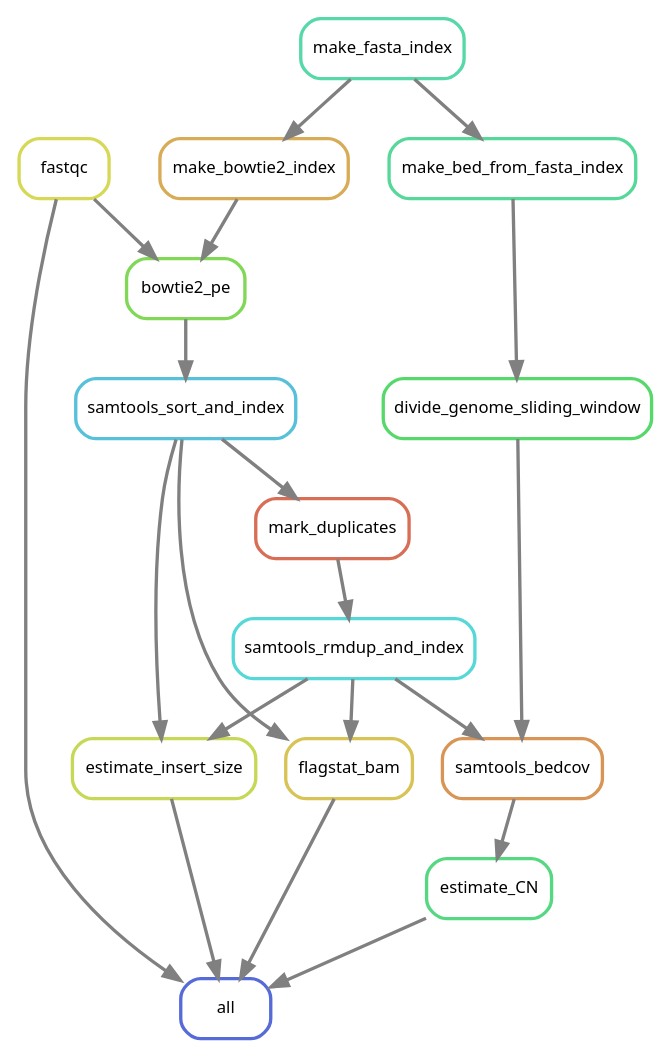
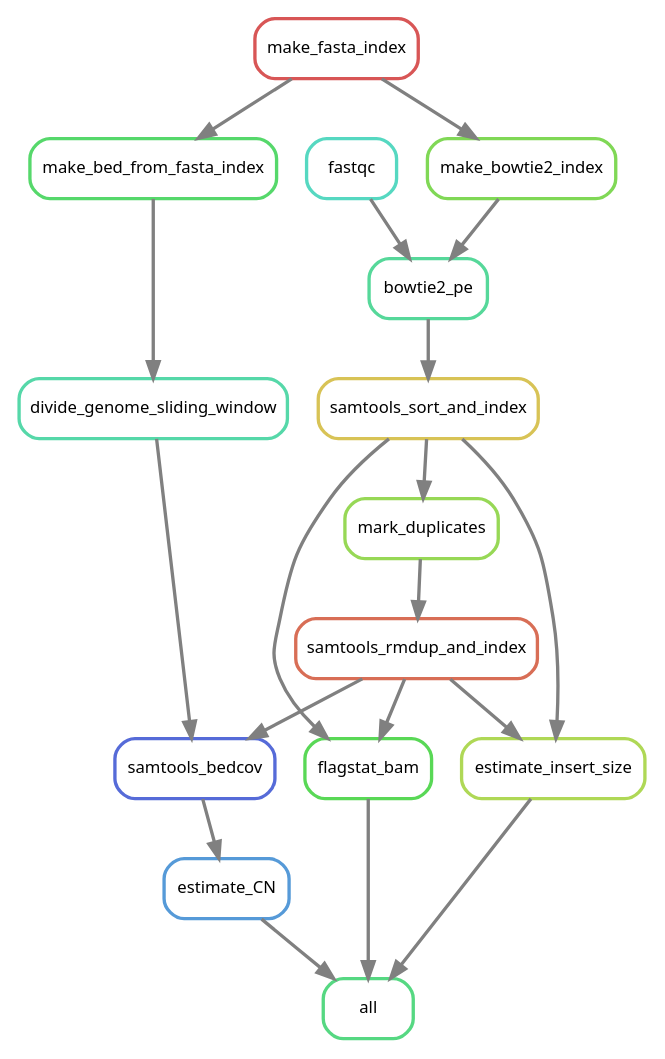
One commit to mevers/WGS_CN changed the diagram in snakemake/rulegraph.dot. Above: the diagram before and after it, drawn with Graphviz. The commit also changed 6 other files, not shown here.

```diff
--- a/snakemake/rulegraph.dot
+++ b/snakemake/rulegraph.dot
@@ -1,38 +1,37 @@
 digraph snakemake_dag {
     graph[bgcolor=white, margin=0];
     node[shape=box, style=rounded, fontname=sans,                 fontsize=10, penwidth=2];
     edge[penwidth=2, color=grey];
-	0[label = "estimate_insert_size", color = "0.19 0.6 0.85", style="rounded"];
-	1[label = "samtools_rmdup_and_index", color = "0.50 0.6 0.85", style="rounded"];
-	2[label = "mark_duplicates", color = "0.03 0.6 0.85", style="rounded"];
-	3[label = "make_bed_from_fasta_index", color = "0.42 0.6 0.85", style="rounded"];
-	4[label = "bowtie2_pe", color = "0.28 0.6 0.85", style="rounded"];
-	5[label = "samtools_sort_and_index", color = "0.53 0.6 0.85", style="rounded"];
-	6[label = "make_fasta_index", color = "0.44 0.6 0.85", style="rounded"];
-	7[label = "fastqc", color = "0.17 0.6 0.85", style="rounded"];
-	8[label = "divide_genome_sliding_window", color = "0.36 0.6 0.85", style="rounded"];
-	9[label = "estimate_CN", color = "0.39 0.6 0.85", style="rounded"];
-	10[label = "samtools_bedcov", color = "0.08 0.6 0.85", style="rounded"];
-	11[label = "make_bowtie2_index", color = "0.11 0.6 0.85", style="rounded"];
-	12[label = "flagstat_bam", color = "0.14 0.6 0.85", style="rounded"];
-	13[label = "all", color = "0.64 0.6 0.85", style="rounded"];
-	1 -> 0
-	5 -> 0
-	2 -> 1
-	5 -> 2
+	0[label = "make_fasta_index", color = "0.00 0.6 0.85", style="rounded"];
+	1[label = "all", color = "0.39 0.6 0.85", style="rounded"];
+	2[label = "bowtie2_pe", color = "0.42 0.6 0.85", style="rounded"];
+	3[label = "samtools_rmdup_and_index", color = "0.03 0.6 0.85", style="rounded"];
+	4[label = "estimate_insert_size", color = "0.22 0.6 0.85", style="rounded"];
+	5[label = "make_bed_from_fasta_index", color = "0.36 0.6 0.85", style="rounded"];
+	6[label = "mark_duplicates", color = "0.25 0.6 0.85", style="rounded"];
+	7[label = "divide_genome_sliding_window", color = "0.44 0.6 0.85", style="rounded"];
+	8[label = "fastqc", color = "0.47 0.6 0.85", style="rounded"];
+	9[label = "make_bowtie2_index", color = "0.28 0.6 0.85", style="rounded"];
+	10[label = "samtools_sort_and_index", color = "0.14 0.6 0.85", style="rounded"];
+	11[label = "estimate_CN", color = "0.58 0.6 0.85", style="rounded"];
+	12[label = "flagstat_bam", color = "0.33 0.6 0.85", style="rounded"];
+	13[label = "samtools_bedcov", color = "0.64 0.6 0.85", style="rounded"];
+	4 -> 1
+	12 -> 1
+	11 -> 1
+	9 -> 2
+	8 -> 2
 	6 -> 3
-	11 -> 4
-	7 -> 4
-	4 -> 5
-	3 -> 8
-	10 -> 9
-	1 -> 10
-	8 -> 10
-	6 -> 11
-	1 -> 12
-	5 -> 12
-	12 -> 13
-	0 -> 13
-	9 -> 13
+	3 -> 4
+	10 -> 4
+	0 -> 5
+	10 -> 6
+	5 -> 7
+	0 -> 9
+	2 -> 10
+	13 -> 11
+	3 -> 12
+	10 -> 12
+	3 -> 13
 	7 -> 13
 }            
```
